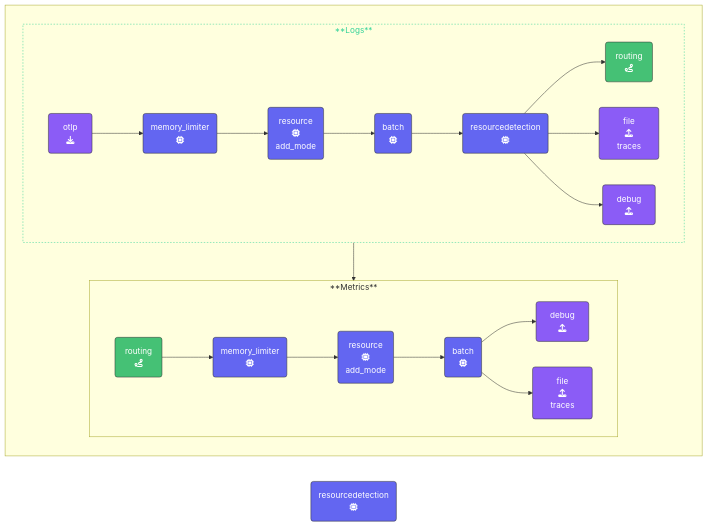
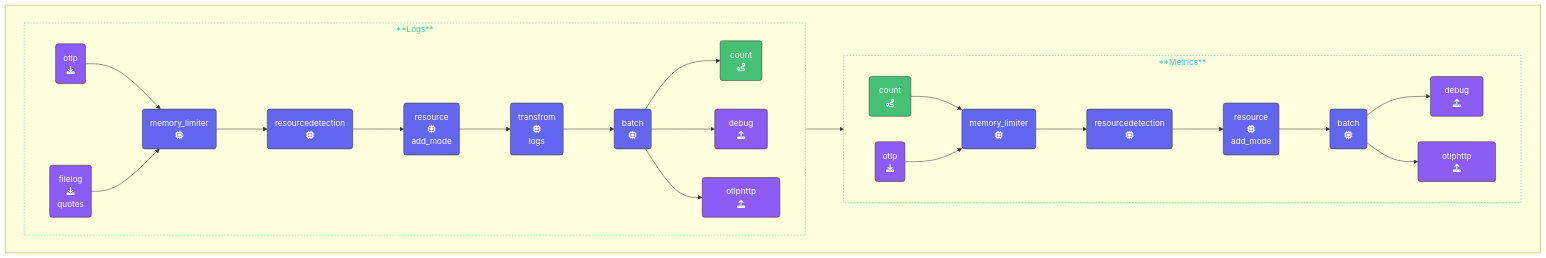
One commit to splunk/observability-workshop changed the diagram in content/en/ninja-workshops/3-opentelemetry-collector-workshops/2-advanced-collector/9-sum-count/_index.md. Above: the diagram before and after it, drawn with Mermaid. The commit also changed other lines of this file and 1 other file, not shown here.

Commit message:
count  completed

````diff
--- a/content/en/ninja-workshops/3-opentelemetry-collector-workshops/2-advanced-collector/9-sum-count/_index.md
+++ b/content/en/ninja-workshops/3-opentelemetry-collector-workshops/2-advanced-collector/9-sum-count/_index.md
@@ -79,49 +80,59 @@
 ```mermaid
 %%{init:{"fontFamily":"monospace"}}%%
 graph LR
     %% Nodes
-      REC1(&nbsp;&nbsp;&nbsp;otlp&nbsp;&nbsp;&nbsp;<br>fa:fa-download):::receiver
-      PRO1(memory_limiter<br>fa:fa-microchip):::processor
-      PRO2(memory_limiter<br>fa:fa-microchip):::processor
-      PRO3(resource<br>fa:fa-microchip<br>add_mode):::processor
-      PRO4(resource<br>fa:fa-microchip<br>add_mode):::processor
-      PRO5(batch<br>fa:fa-microchip):::processor
-      PRO6(batch<br>fa:fa-microchip):::processor
-      PRO7(resourcedetection<br>fa:fa-microchip):::processor
-      PRO8(resourcedetection<br>fa:fa-microchip):::processor
-      EXP1(&nbsp;&ensp;debug&nbsp;&ensp;<br>fa:fa-upload):::exporter
-      EXP2(&emsp;&emsp;file&emsp;&emsp;<br>fa:fa-upload<br>traces):::exporter
-      EXP3(&nbsp;&ensp;debug&nbsp;&ensp;<br>fa:fa-upload):::exporter
-      EXP4(&emsp;&emsp;file&emsp;&emsp;<br>fa:fa-upload<br>traces):::exporter
-      ROUTE1(&nbsp;routing&nbsp;<br>fa:fa-route):::con-export
-      ROUTE2(&nbsp;routing&nbsp;<br>fa:fa-route):::con-receive
+    REC1(otlp<br>fa:fa-download):::receiver
+    REC2(filelog<br>fa:fa-download<br>quotes):::receiver
+    REC3(otlp<br>fa:fa-download):::receiver
+    PRO1(memory_limiter<br>fa:fa-microchip):::processor
+    PRO2(memory_limiter<br>fa:fa-microchip):::processor
+    PRO3(resource<br>fa:fa-microchip<br>add_mode):::processor
+    PRO4(resource<br>fa:fa-microchip<br>add_mode):::processor
+    PRO5(batch<br>fa:fa-microchip):::processor
+    PRO6(batch<br>fa:fa-microchip):::processor
+    PRO7(resourcedetection<br>fa:fa-microchip):::processor
+    PRO8(resourcedetection<br>fa:fa-microchip):::processor
+    PRO9(transfrom<br>fa:fa-microchip<br>logs):::processor
+    EXP1(&nbsp;&ensp;debug&nbsp;&ensp;<br>fa:fa-upload):::exporter
+    EXP2(&emsp;&emsp;otlphttp&emsp;&emsp;<br>fa:fa-upload):::exporter
+    EXP3(&nbsp;&ensp;debug&nbsp;&ensp;<br>fa:fa-upload):::exporter
+    EXP4(&emsp;&emsp;otlphttp&emsp;&emsp;<br>fa:fa-upload):::exporter
+    ROUTE1(&nbsp;count&nbsp;<br>fa:fa-route):::con-export
+    ROUTE2(&nbsp;count&nbsp;<br>fa:fa-route):::con-receive
 
     %% Links
     subID1:::sub-logs
     subID2:::sub-metrics
-    subgraph " "
+    subgraph " " 
+      direction LR
       subgraph subID1[**Logs**]
       direction LR
       REC1 --> PRO1
-      PRO1 --> PRO3
-      PRO3 --> PRO5
-      PRO5 --> PRO7
-      PRO7 --> ROUTE1
-      PRO7 --> EXP2
-      PRO7 --> EXP1
+      REC2 --> PRO1
+      PRO1 --> PRO7
+      PRO7 --> PRO3
+      PRO3 --> PRO9
+      PRO9 --> PRO5
+      PRO5 --> ROUTE1
+      PRO5 --> EXP1
+      PRO5 --> EXP2
       end
+      
       subgraph subID2[**Metrics**]
       direction LR
-      ROUTE1 --> ROUTE2
+      ROUTE1 --> ROUTE2       
       ROUTE2 --> PRO2
-      PRO2 --> PRO4
+      REC3 --> PRO2
+      PRO2 --> PRO8
+      PRO8 --> PRO4
       PRO4 --> PRO6
       PRO6 --> EXP3
       PRO6 --> EXP4
       end
     end
 classDef receiver,exporter fill:#8b5cf6,stroke:#333,stroke-width:1px,color:#fff;
 classDef processor fill:#6366f1,stroke:#333,stroke-width:1px,color:#fff;
 classDef con-receive,con-export fill:#45c175,stroke:#333,stroke-width:1px,color:#fff;
 classDef sub-logs stroke:#34d399,stroke-width:1px, color:#34d399,stroke-dasharray: 3 3;
+classDef sub-metrics stroke:#38bdf8,stroke-width:1px, color:#38bdf8,stroke-dasharray: 3 3;
 ```
````
